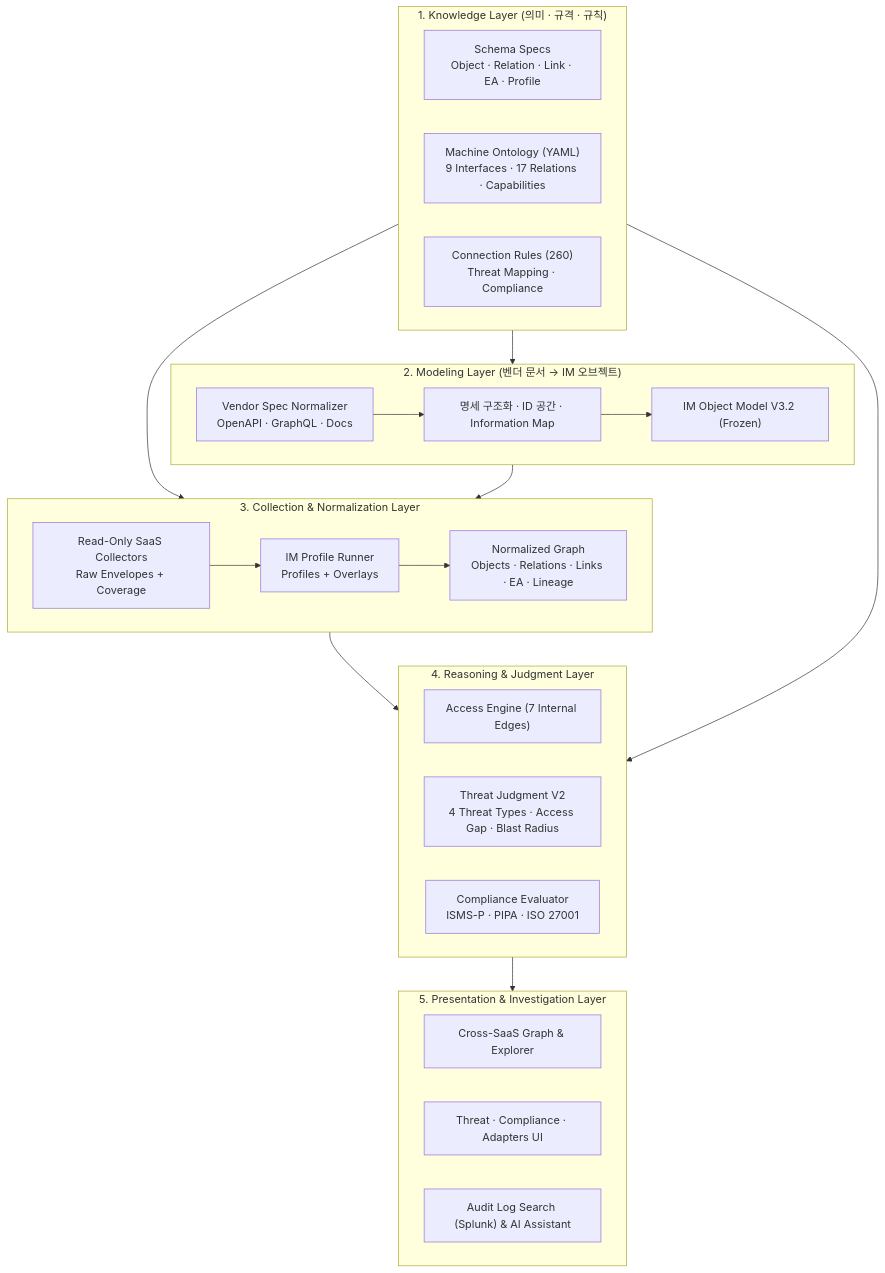
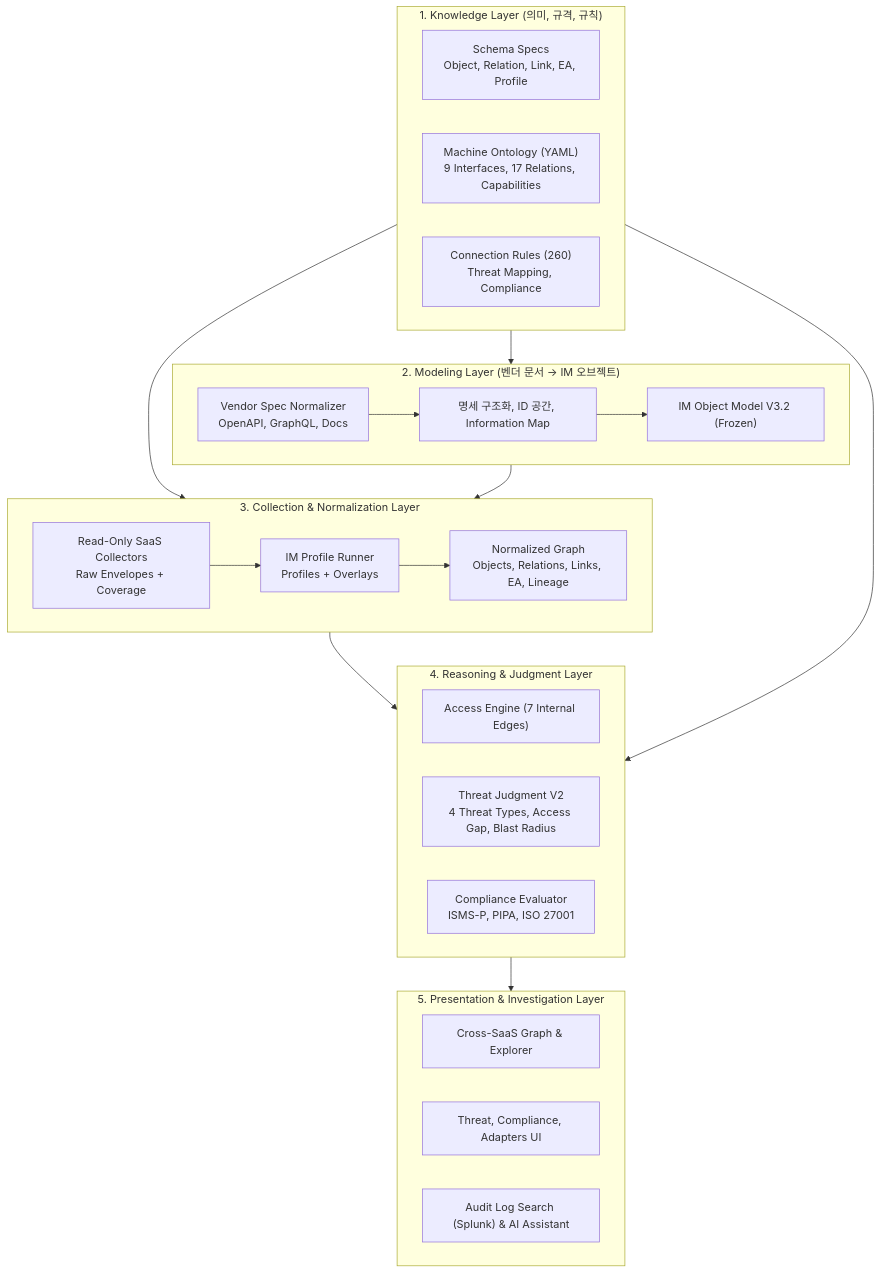
One commit to AEGI-Inc/aegi-framework changed the diagram in docs/01-overview/architecture.md. Above: the diagram before and after it, drawn with Mermaid. The commit also changed other lines of this file and 33 other files, not shown here.

````diff
--- a/docs/01-overview/architecture.md
+++ b/docs/01-overview/architecture.md
@@ -7,41 +7,41 @@
 ```mermaid
 flowchart TB
-  subgraph L1["1. Knowledge Layer (의미 · 규격 · 규칙)"]
-    K1["Schema Specs<br/>Object · Relation · Link · EA · Profile"]
-    K2["Machine Ontology (YAML)<br/>9 Interfaces · 17 Relations · Capabilities"]
-    K3["Connection Rules (260)<br/>Threat Mapping · Compliance"]
+  subgraph L1["1. Knowledge Layer (의미, 규격, 규칙)"]
+    K1["Schema Specs<br/>Object, Relation, Link, EA, Profile"]
+    K2["Machine Ontology (YAML)<br/>9 Interfaces, 17 Relations, Capabilities"]
+    K3["Connection Rules (260)<br/>Threat Mapping, Compliance"]
   end
 
   subgraph L2["2. Modeling Layer (벤더 문서 → IM 오브젝트)"]
-    M1["Vendor Spec Normalizer<br/>OpenAPI · GraphQL · Docs"]
-    M2["명세 구조화 · ID 공간 · Information Map"]
+    M1["Vendor Spec Normalizer<br/>OpenAPI, GraphQL, Docs"]
+    M2["명세 구조화, ID 공간, Information Map"]
     M3["IM Object Model V3.2 (Frozen)"]
     M1 --> M2 --> M3
   end
 
   subgraph L3["3. Collection & Normalization Layer"]
     C1["Read-Only SaaS Collectors<br/>Raw Envelopes + Coverage"]
     C2["IM Profile Runner<br/>Profiles + Overlays"]
-    C3["Normalized Graph<br/>Objects · Relations · Links · EA · Lineage"]
+    C3["Normalized Graph<br/>Objects, Relations, Links, EA, Lineage"]
     C1 --> C2 --> C3
   end
 
   subgraph L4["4. Reasoning & Judgment Layer"]
     R1["Access Engine (7 Internal Edges)"]
-    R2["Threat Judgment V2<br/>4 Threat Types · Access Gap · Blast Radius"]
-    R3["Compliance Evaluator<br/>ISMS-P · PIPA · ISO 27001"]
+    R2["Threat Judgment V2<br/>4 Threat Types, Access Gap, Blast Radius"]
+    R3["Compliance Evaluator<br/>ISMS-P, PIPA, ISO 27001"]
   end
 
   subgraph L5["5. Presentation & Investigation Layer"]
     P1["Cross-SaaS Graph & Explorer"]
-    P2["Threat · Compliance · Adapters UI"]
+    P2["Threat, Compliance, Adapters UI"]
     P3["Audit Log Search (Splunk) & AI Assistant"]
   end
 
   L1 --> L2
   L1 --> L3
   L2 --> L3
   L3 --> L4
   L1 --> L4
   L4 --> L5
 ```
````
